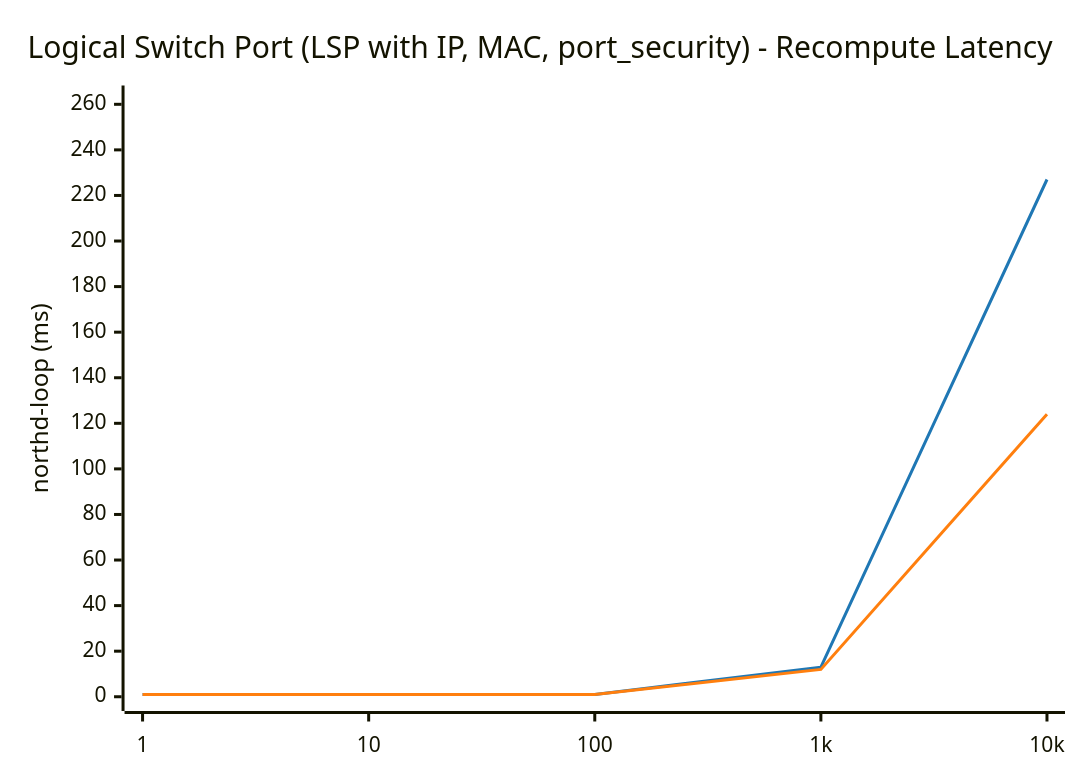
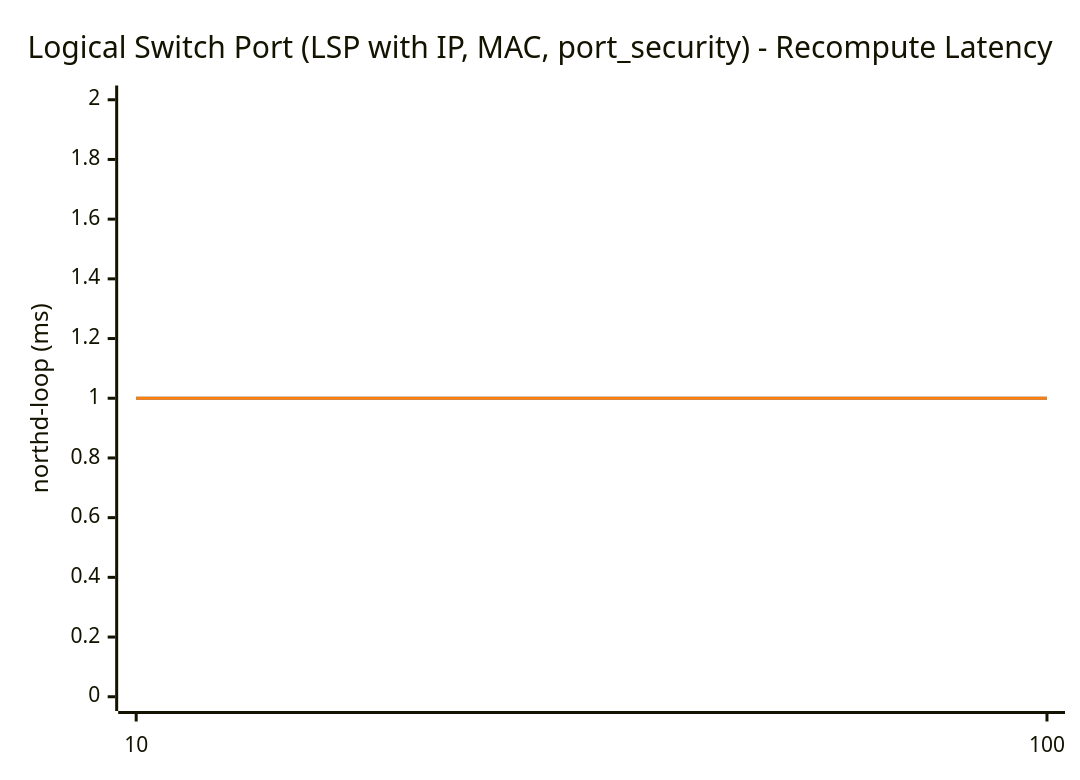
One commit to LionelJouin/ovs-ovn-bench changed the first of 2 diagrams in results/BENCHMARK_REPORT.md. Above: the diagram before and after it, drawn with Mermaid. The commit also changed other lines of this file and 2 other files, not shown here.

````diff
--- a/results/BENCHMARK_REPORT.md
+++ b/results/BENCHMARK_REPORT.md
@@ -89,14 +62,14 @@
 ```mermaid
 ---
 config:
     themeVariables:
         xyChart:
             plotColorPalette: "#1f77b4, #ff7f0e"
 ---
 xychart-beta
     title "Logical Switch Port (LSP with IP, MAC, port_security) - Recompute Latency"
-    x-axis ["1", "10", "100", "1k", "10k"]
-    y-axis "northd-loop (ms)" 0 --> 262
-    line "glibc malloc" [1.0, 1.0, 1.0, 13.0, 227.0]
-    line "jemalloc" [1.0, 1.0, 1.0, 12.0, 124.0]
+    x-axis ["10", "100"]
+    y-axis "northd-loop (ms)" 0 --> 2
+    line "glibc malloc" [1.0, 1.0]
+    line "jemalloc" [1.0, 1.0]
 ```
````
